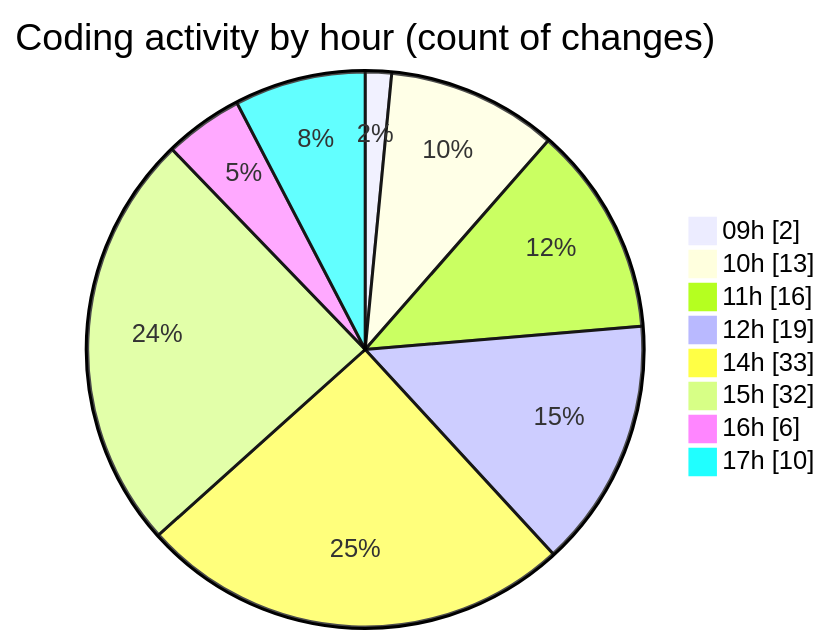
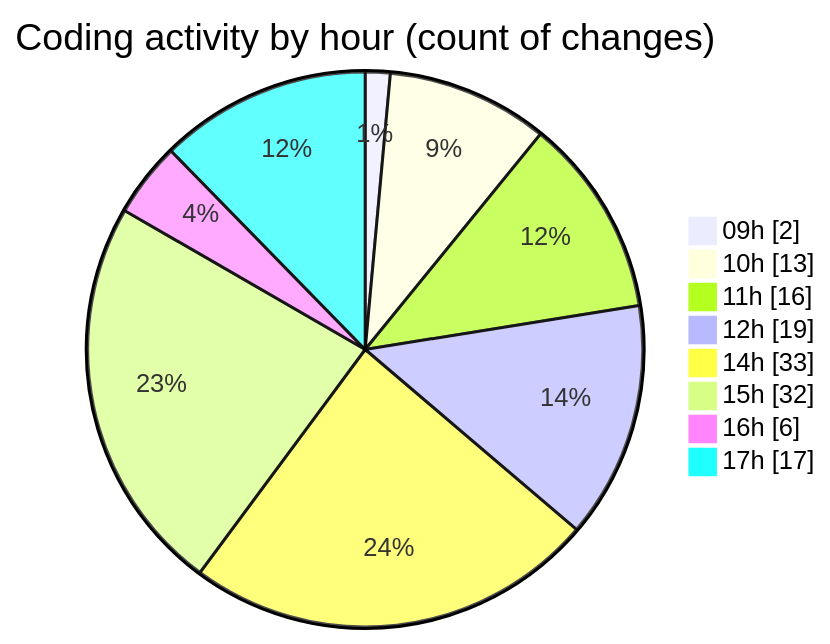
One commit to momahboobian/code-tracking changed the second of 2 diagrams in 2025-07-02/cda/README.md. Above: the diagram before and after it, drawn with Mermaid. The commit also changed other lines of this file and 1 other file, not shown here.

````diff
--- a/2025-07-02/cda/README.md
+++ b/2025-07-02/cda/README.md
@@ -48,12 +48,12 @@
 ```mermaid
 pie showData
 title Coding activity by hour (count of changes)
 "09h" : 2
 "10h" : 13
 "11h" : 16
 "12h" : 19
 "14h" : 33
 "15h" : 32
 "16h" : 6
-"17h" : 10
+"17h" : 17
 ```
````
